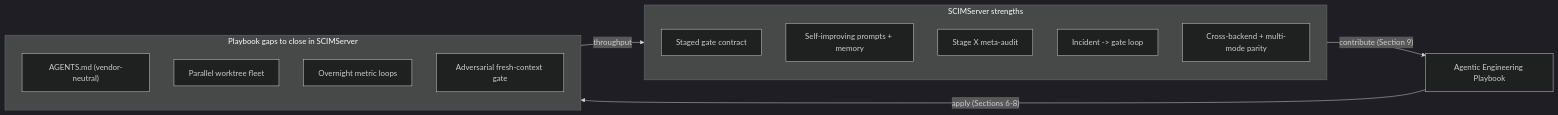
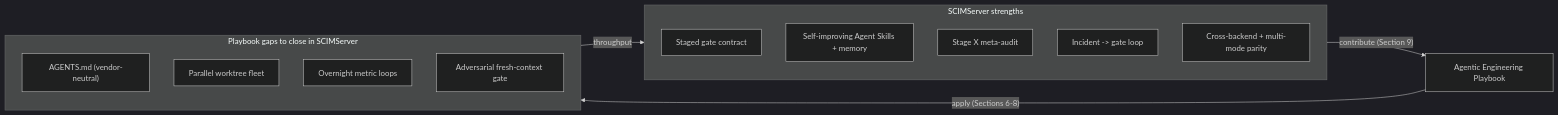
The first of 8 diagrams in docs/agentic/AGENTIC_ENGINEERING_ANALYSIS_AND_ADOPTION.md (pranems/SCIMServer), drawn with Mermaid (dark theme) before and after one commit. The commit also changed other lines of this file and 103 other files, not shown here.

First line of the commit message:
chore: migrate Copilot workflows to Agent Skills

````diff
--- a/docs/agentic/AGENTIC_ENGINEERING_ANALYSIS_AND_ADOPTION.md
+++ b/docs/agentic/AGENTIC_ENGINEERING_ANALYSIS_AND_ADOPTION.md
@@ -56,19 +57,19 @@
 ```mermaid
 flowchart LR
     subgraph SS["SCIMServer strengths"]
         A["Staged gate contract"]
-        B["Self-improving prompts + memory"]
+        B["Self-improving Agent Skills + memory"]
         C["Stage X meta-audit"]
         D["Incident -> gate loop"]
         E["Cross-backend + multi-mode parity"]
     end
     subgraph PB["Playbook gaps to close in SCIMServer"]
         G1["AGENTS.md (vendor-neutral)"]
         G2["Parallel worktree fleet"]
         G3["Overnight metric loops"]
         G4["Adversarial fresh-context gate"]
     end
     SS -->|"contribute (Section 9)"| PLAYBOOK["Agentic Engineering Playbook"]
     PLAYBOOK -->|"apply (Sections 6-8)"| PB
     PB -->|"throughput"| SS
 ```
````
